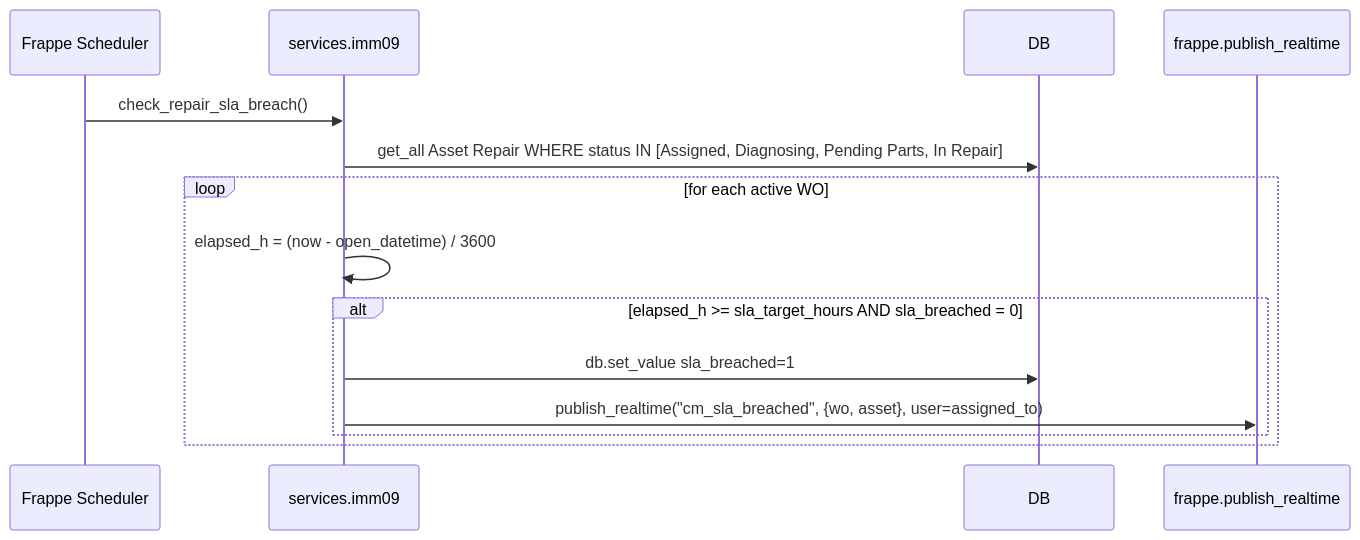
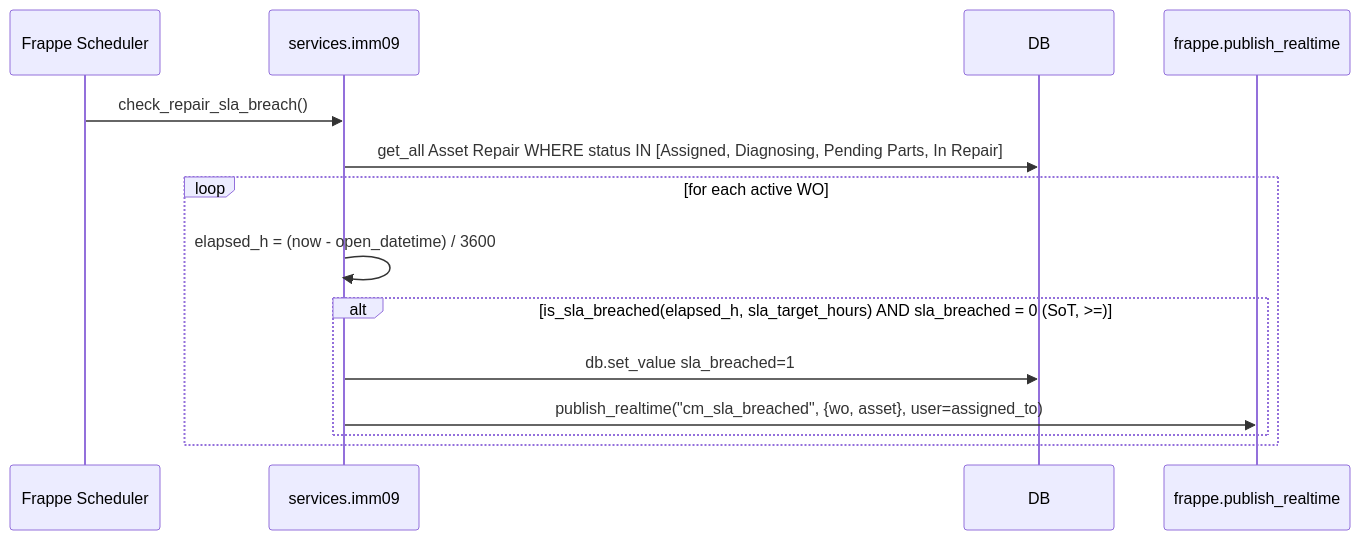
Before and after one commit to mvl26/Assetcore: the seventh of 11 diagrams in docs/imm-09/03_Diagrams.md, drawn with Mermaid. The commit also changed other lines of this file and 11 other files, not shown here.

````diff
--- a/docs/imm-09/03_Diagrams.md
+++ b/docs/imm-09/03_Diagrams.md
@@ -418,18 +418,18 @@
 ```mermaid
 sequenceDiagram
     participant SCH as Frappe Scheduler
     participant SVC as services.imm09
     participant DB
     participant RT as frappe.publish_realtime
 
     SCH->>SVC: check_repair_sla_breach()
     SVC->>DB: get_all Asset Repair WHERE status IN [Assigned, Diagnosing, Pending Parts, In Repair]
 
     loop for each active WO
         SVC->>SVC: elapsed_h = (now - open_datetime) / 3600
-        alt elapsed_h >= sla_target_hours AND sla_breached = 0
+        alt is_sla_breached(elapsed_h, sla_target_hours) AND sla_breached = 0 (SoT, >=)
             SVC->>DB: db.set_value sla_breached=1
             SVC->>RT: publish_realtime("cm_sla_breached", {wo, asset}, user=assigned_to)
         end
     end
 ```
````
